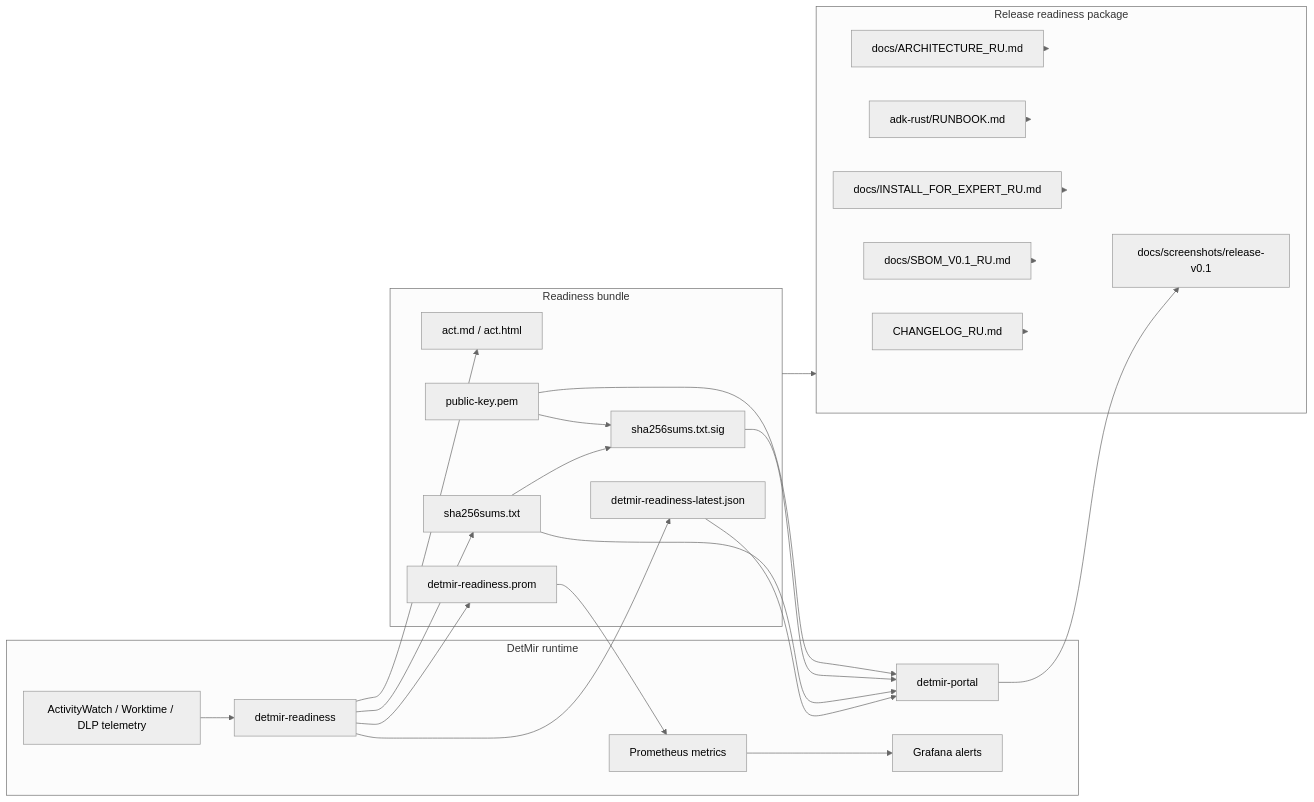
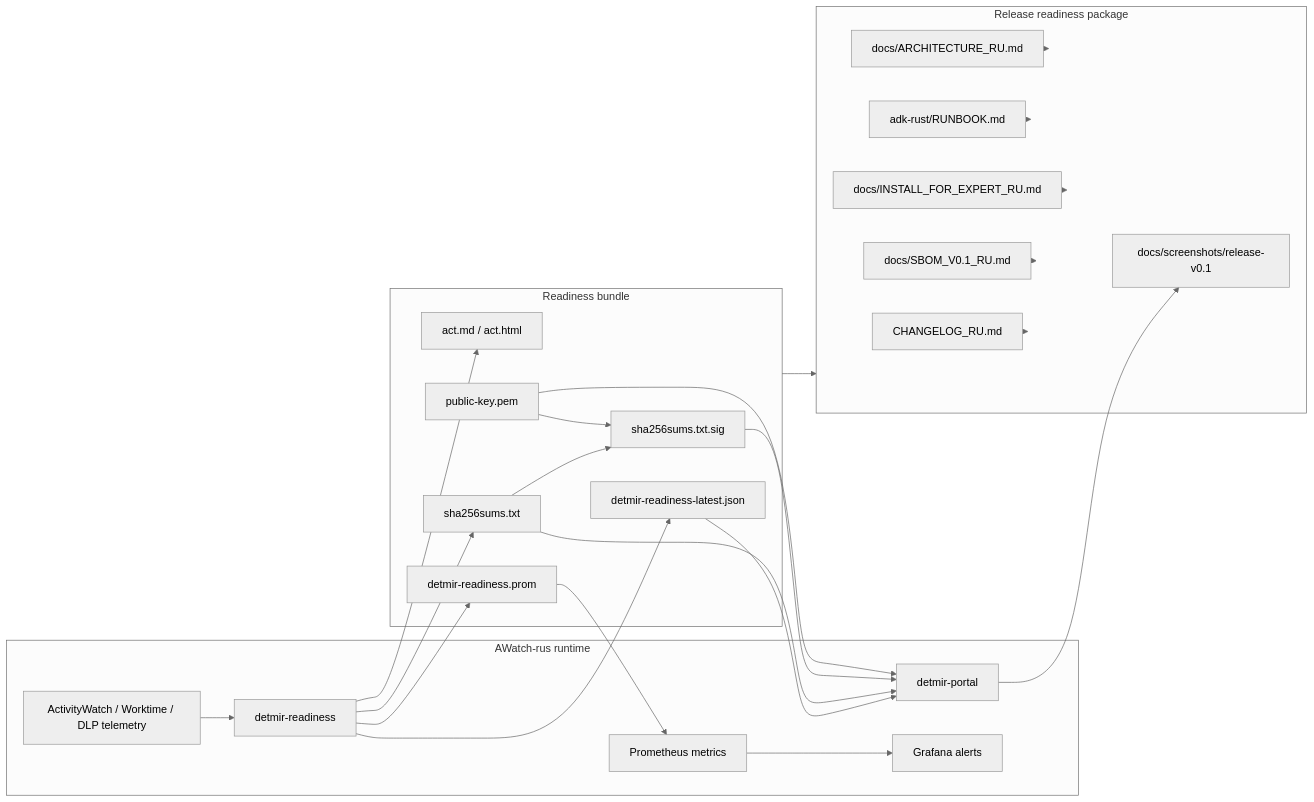
The diagram in docs/diagrams/release-readiness-v0.1.md (igor04091968/AWatch-rus), drawn with Mermaid (neutral theme) before and after one commit. The commit also changed 55 other files, not shown here.

````diff
--- a/docs/diagrams/release-readiness-v0.1.md
+++ b/docs/diagrams/release-readiness-v0.1.md
@@ -3,49 +3,49 @@
 ```mermaid
 flowchart LR
-  subgraph Runtime["DetMir runtime"]
+  subgraph Runtime["AWatch-rus runtime"]
     AW["ActivityWatch / Worktime / DLP telemetry"]
     Portal["detmir-portal"]
     Readiness["detmir-readiness"]
     Metrics["Prometheus metrics"]
     Grafana["Grafana alerts"]
   end
 
   subgraph Bundle["Readiness bundle"]
     JSON["detmir-readiness-latest.json"]
     Act["act.md / act.html"]
     Sums["sha256sums.txt"]
     Sig["sha256sums.txt.sig"]
     Pub["public-key.pem"]
     Prom["detmir-readiness.prom"]
   end
 
   subgraph Release["Release readiness package"]
     Change["CHANGELOG_RU.md"]
     SBOM["docs/SBOM_V0.1_RU.md"]
     Install["docs/INSTALL_FOR_EXPERT_RU.md"]
     Runbook["adk-rust/RUNBOOK.md"]
     Arch["docs/ARCHITECTURE_RU.md"]
     Shots["docs/screenshots/release-v0.1"]
   end
 
   AW --> Readiness
   Readiness --> JSON
   Readiness --> Act
   Readiness --> Sums
   Sums --> Sig
   Pub --> Sig
   Readiness --> Prom
   Prom --> Metrics
   Metrics --> Grafana
   JSON --> Portal
   Sums --> Portal
   Sig --> Portal
   Pub --> Portal
   Portal --> Shots
   Bundle --> Release
   Change --> Release
   SBOM --> Release
   Install --> Release
   Runbook --> Release
   Arch --> Release
 ```
````
